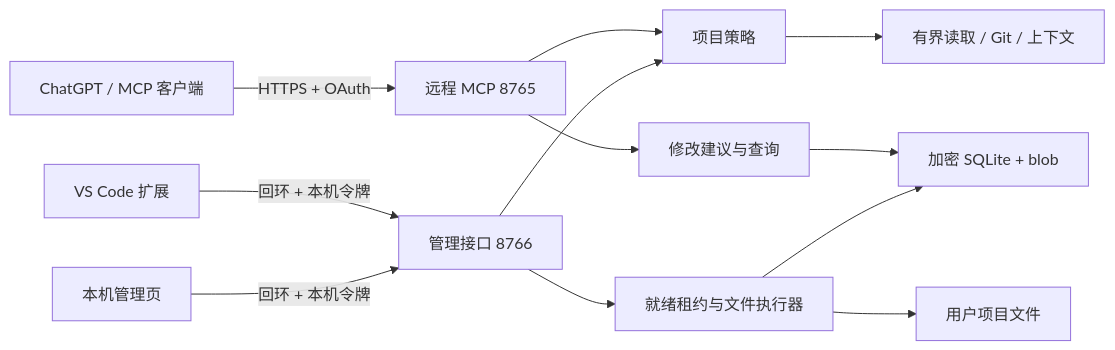
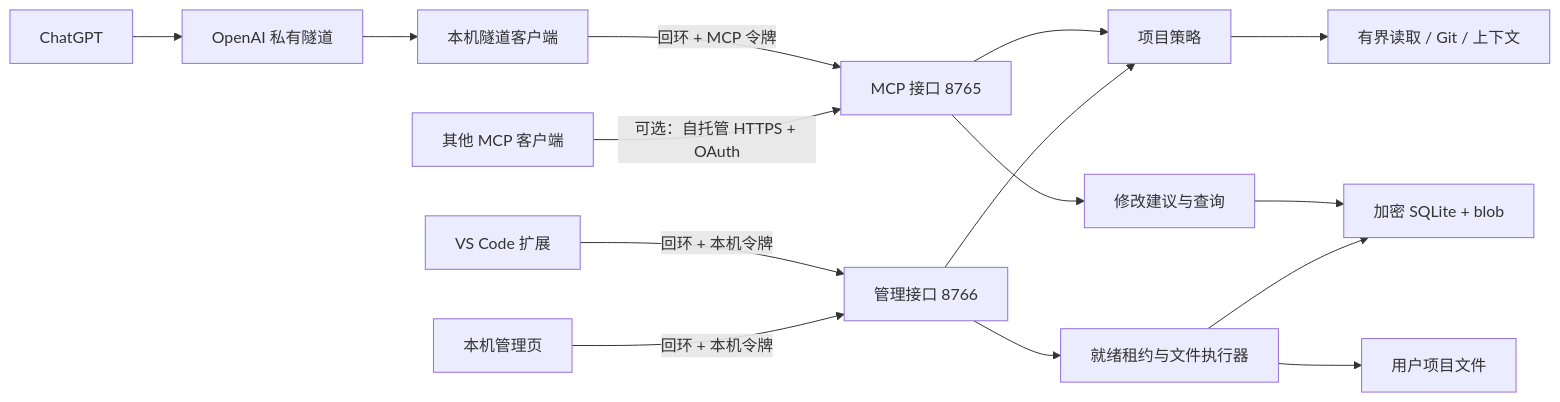
Before and after one commit to sky910140/porthole: the first of 2 diagrams in docs/architecture.md, drawn with Mermaid. The commit also changed other lines of this file and 116 other files, not shown here.

````diff
--- a/docs/architecture.md
+++ b/docs/architecture.md
@@ -3,14 +3,17 @@
 ```mermaid
 flowchart LR
-    W[ChatGPT / MCP 客户端] -->|HTTPS + OAuth| M[远程 MCP 8765]
+    W[ChatGPT] --> T[OpenAI 私有隧道]
+    T --> C[本机隧道客户端]
+    C -->|回环 + MCP 令牌| M[MCP 接口 8765]
+    O[其他 MCP 客户端] -->|可选：自托管 HTTPS + OAuth| M
     V[VS Code 扩展] -->|回环 + 本机令牌| A[管理接口 8766]
     L[本机管理页] -->|回环 + 本机令牌| A
     M --> P[项目策略]
     A --> P
     P --> R[有界读取 / Git / 上下文]
     M --> Q[修改建议与查询]
     Q --> S[加密 SQLite + blob]
     A --> E[就绪租约与文件执行器]
     E --> S
     E --> F[用户项目文件]
 ```
````
